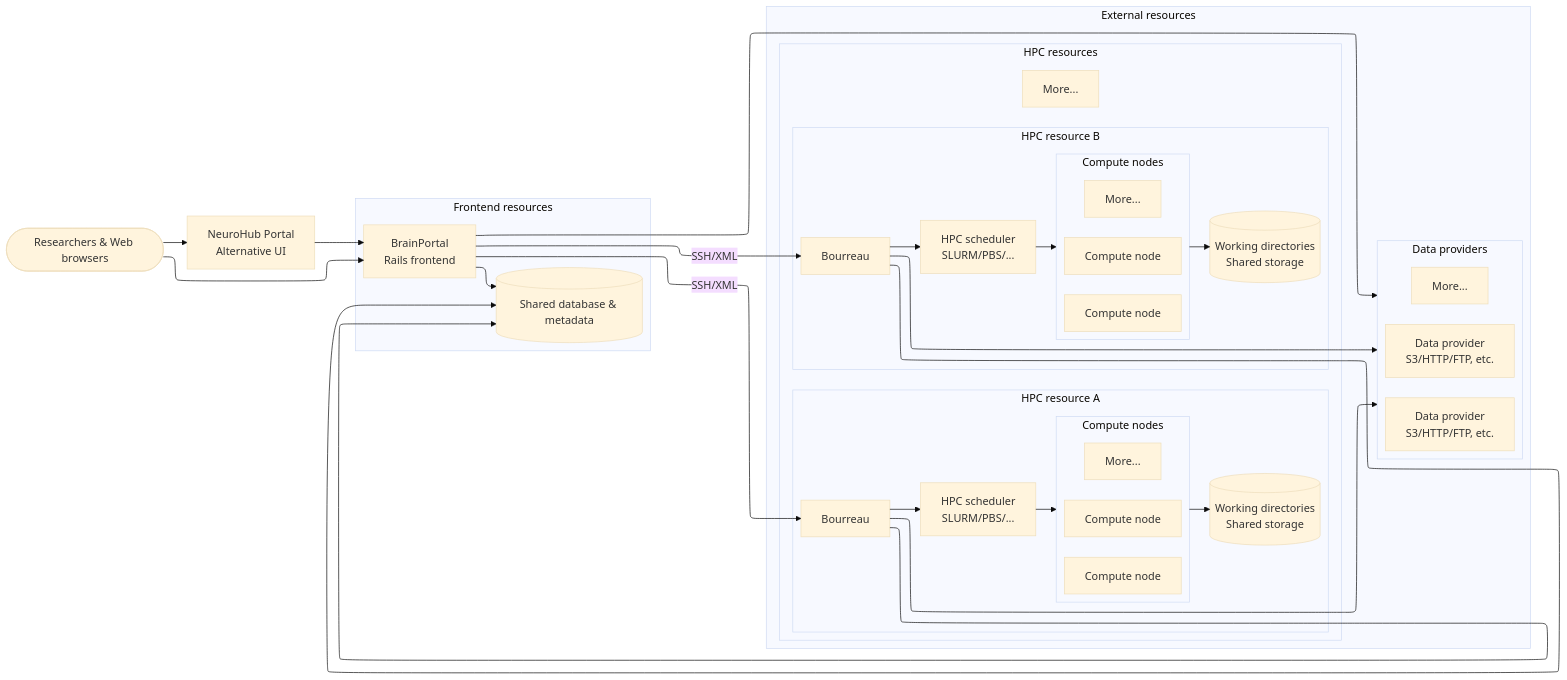
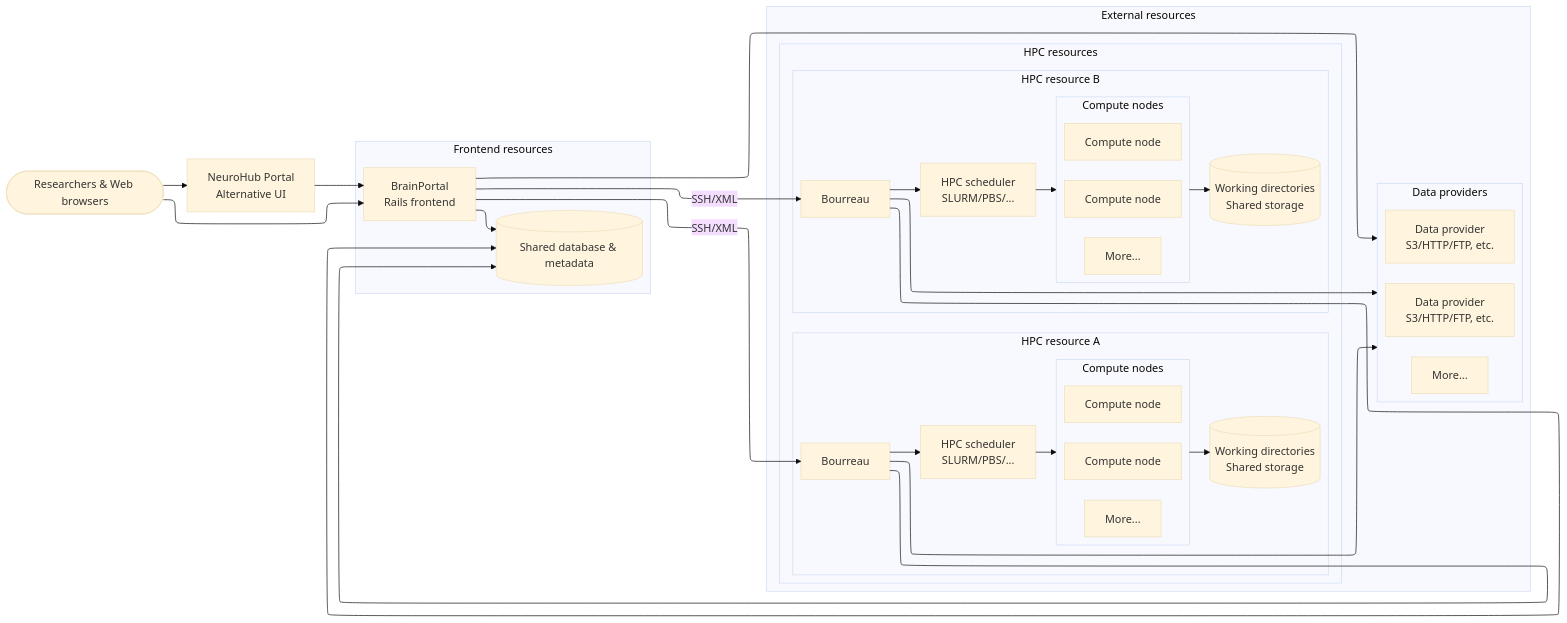
The diagram in README.md (aces/cbrain), drawn with Mermaid before and after one commit.

Commit message:
Adjust more placeholders in diagram

````diff
--- a/README.md
+++ b/README.md
@@ -25,59 +25,58 @@
 ```mermaid
 %%{init: {"theme": "base", "flowchart": {"defaultRenderer": "elk"}}}%%
 flowchart LR
   Users([Researchers & Web browsers])
   NH[NeuroHub Portal<br/>Alternative UI]
   subgraph Frontend[Frontend resources]
     BP[BrainPortal<br/>Rails frontend]
     DB[(Shared database & metadata)]
   end
   subgraph ExternalResources[External resources]
     direction TB
     subgraph DataProviders[Data providers]
-      direction LR
+      direction TB
       DP1[Data provider<br/>S3/HTTP/FTP, etc.]
+      DP3[More...]
       DP2[Data provider<br/>S3/HTTP/FTP, etc.]
-      DP3[More...]
     end
     subgraph HPCResources[HPC resources]
       direction TB
       subgraph ResourceA[HPC resource A]
         BO1[Bourreau]
         Sched1[HPC scheduler<br/>SLURM/PBS/...]
       subgraph ComputePoolA[Compute nodes]
         Compute1[Compute node]
+        ComputeMoreA[More...]
         Compute2[Compute node]
-        ComputeMoreA[More...]
       end
       Scratch1[(Working directories<br/>Shared storage)]
       end
       subgraph ResourceB[HPC resource B]
         BO2[Bourreau]
         Sched2[HPC scheduler<br/>SLURM/PBS/...]
       subgraph ComputePoolB[Compute nodes]
         Compute3[Compute node]
+        ComputeMoreB[More...]
         Compute4[Compute node]
-        ComputeMoreB[More...]
       end
       Scratch2[(Working directories<br/>Shared storage)]
       end
-      ResourceMore[More...]
-    end
+  end
   end
 
   Users --> BP
   Users --> NH
   NH --> BP
   BP --> DB
   BP --> DataProviders
   BP -->|SSH/XML| BO1
   BP -->|SSH/XML| BO2
   BO1 --> DataProviders
   BO2 --> DataProviders
   BO1 --> DB
   BO2 --> DB
   BO1 --> Sched1 --> ComputePoolA
   BO2 --> Sched2 --> ComputePoolB
   ComputePoolA --> Scratch1
   ComputePoolB --> Scratch2
 ```
````
